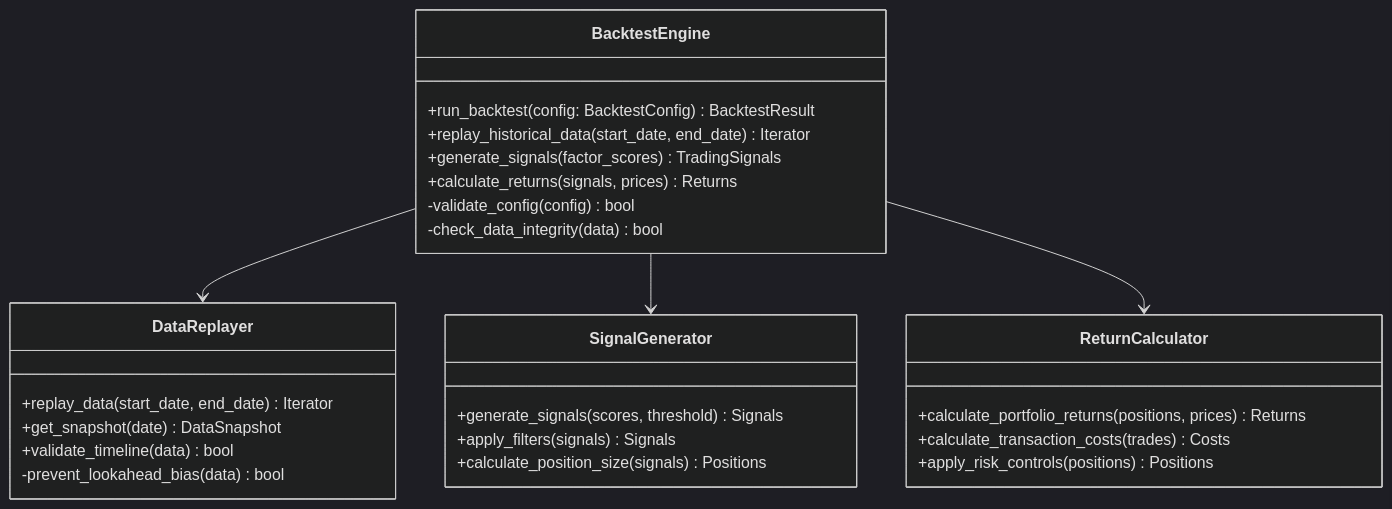
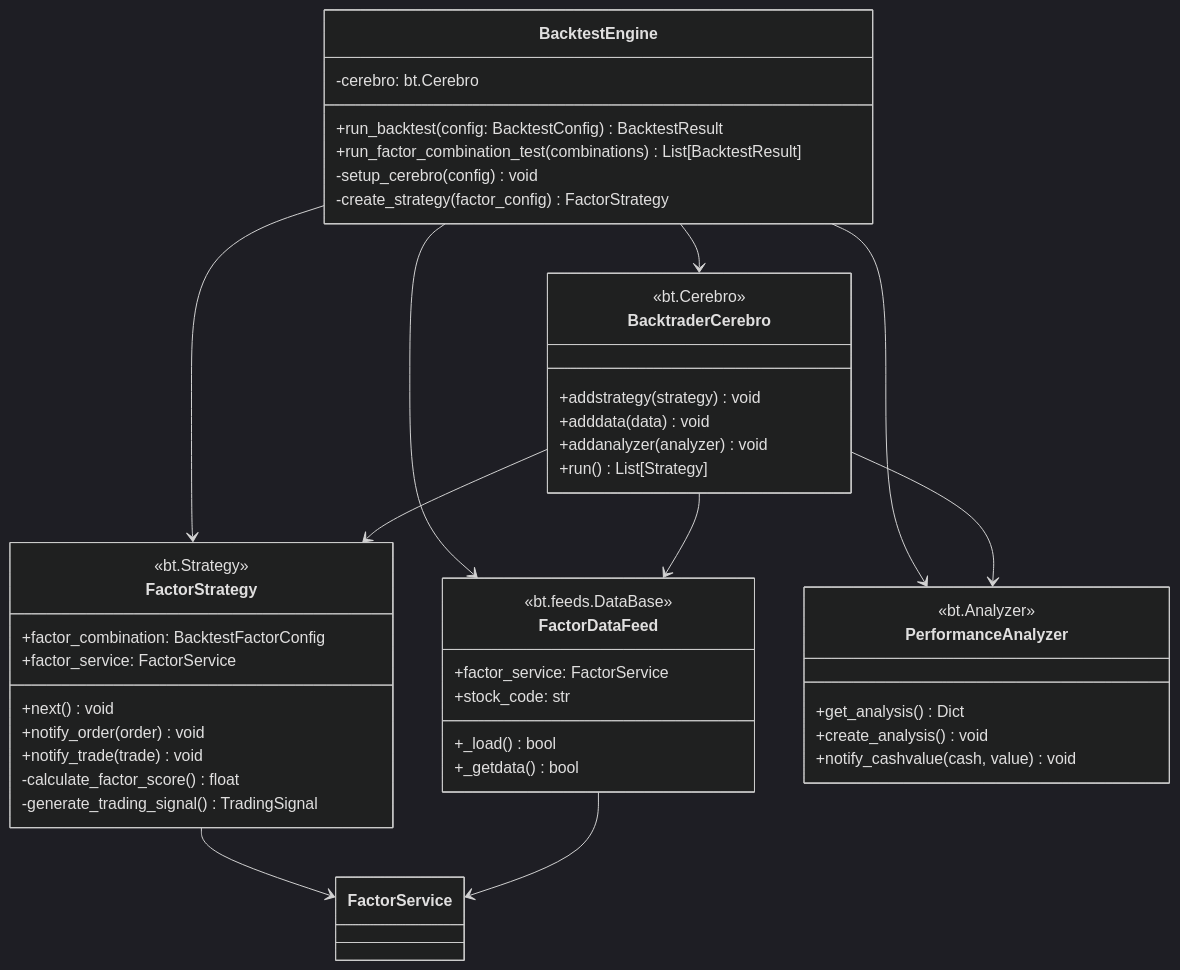
Before and after one commit to Casper-Mars/qtrade: the third of 7 diagrams in docs/iteration-3-prediction-model/design_backend.md, drawn with Mermaid (dark theme). The commit also changed other lines of this file and 3 other files, not shown here.

````diff
--- a/docs/iteration-3-prediction-model/design_backend.md
+++ b/docs/iteration-3-prediction-model/design_backend.md
@@ -254,34 +282,54 @@
 ```mermaid
 classDiagram
     class BacktestEngine {
         +run_backtest(config: BacktestConfig) BacktestResult
-        +replay_historical_data(start_date, end_date) Iterator
-        +generate_signals(factor_scores) TradingSignals
-        +calculate_returns(signals, prices) Returns
-        -validate_config(config) bool
-        -check_data_integrity(data) bool
+        +run_factor_combination_test(combinations) List[BacktestResult]
+        -cerebro: bt.Cerebro
+        -setup_cerebro(config) void
+        -create_strategy(factor_config) FactorStrategy
     }
     
-    class DataReplayer {
-        +replay_data(start_date, end_date) Iterator
-        +get_snapshot(date) DataSnapshot
-        +validate_timeline(data) bool
-        -prevent_lookahead_bias(data) bool
+    class FactorStrategy {
+        <<bt.Strategy>>
+        +factor_combination: BacktestFactorConfig
+        +factor_service: FactorService
+        +next() void
+        +notify_order(order) void
+        +notify_trade(trade) void
+        -calculate_factor_score() float
+        -generate_trading_signal() TradingSignal
     }
     
-    class SignalGenerator {
-        +generate_signals(scores, threshold) Signals
-        +apply_filters(signals) Signals
-        +calculate_position_size(signals) Positions
+    class FactorDataFeed {
+        <<bt.feeds.DataBase>>
+        +factor_service: FactorService
+        +stock_code: str
+        +_load() bool
+        +_getdata() bool
     }
     
-    class ReturnCalculator {
-        +calculate_portfolio_returns(positions, prices) Returns
-        +calculate_transaction_costs(trades) Costs
-        +apply_risk_controls(positions) Positions
+    class PerformanceAnalyzer {
+        <<bt.Analyzer>>
+        +get_analysis() Dict
+        +create_analysis() void
+        +notify_cashvalue(cash, value) void
     }
     
-    BacktestEngine --> DataReplayer
-    BacktestEngine --> SignalGenerator
-    BacktestEngine --> ReturnCalculator
+    class BacktraderCerebro {
+        <<bt.Cerebro>>
+        +addstrategy(strategy) void
+        +adddata(data) void
+        +addanalyzer(analyzer) void
+        +run() List[Strategy]
+    }
+    
+    BacktestEngine --> BacktraderCerebro
+    BacktestEngine --> FactorStrategy
+    BacktestEngine --> FactorDataFeed
+    BacktestEngine --> PerformanceAnalyzer
+    FactorStrategy --> FactorService
+    FactorDataFeed --> FactorService
+    BacktraderCerebro --> FactorStrategy
+    BacktraderCerebro --> FactorDataFeed
+    BacktraderCerebro --> PerformanceAnalyzer
 ```
````
